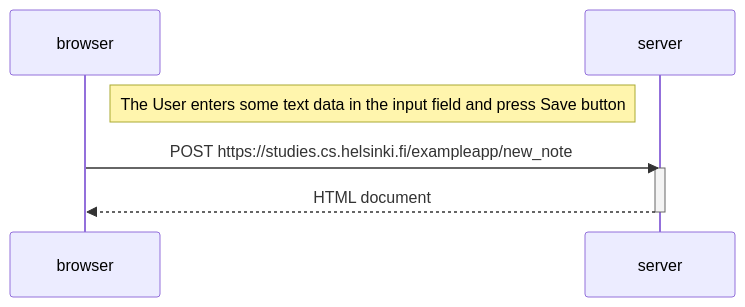
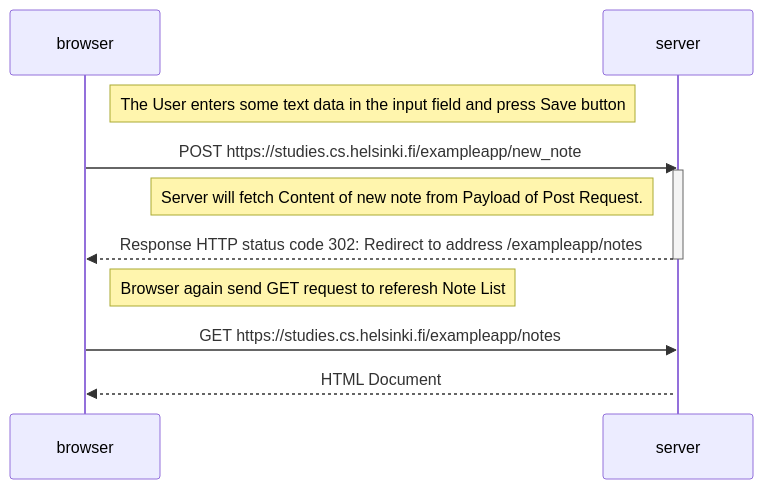
The diagram in part0/0.4 - New Note Diagram.md (ShahzaibAmjad/Fullstack_Course_Exercises), drawn with Mermaid before and after one commit.

Commit message:
Server Response

````diff
--- a/part0/0.4 - New Note Diagram.md
+++ b/part0/0.4 - New Note Diagram.md
@@ -3,14 +3,19 @@
 ```mermaid
 
 sequenceDiagram
     participant browser
     participant server
 
     Note right of browser: The User enters some text data in the input field and press Save button
 
     browser->>server: POST https://studies.cs.helsinki.fi/exampleapp/new_note
     activate server
-    server-->>browser: HTML document
+    Note left of server: Server will fetch Content of new note from Payload of Post Request.
+    server-->>browser: Response HTTP status code 302: Redirect to address /exampleapp/notes
     deactivate server
 
+    Note right of browser: Browser again send GET request to referesh Note List
+    browser->>server: GET https://studies.cs.helsinki.fi/exampleapp/notes
+    activate server
+    server-->>browser: HTML Document
 ```
````
